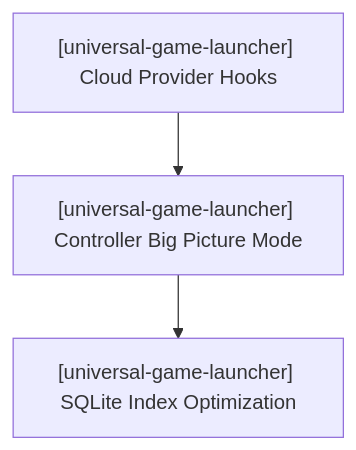
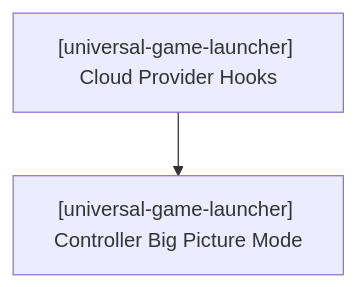
The diagram in TODO.md (HELIX-Origin/universal-game-launcher), drawn with Mermaid before and after one commit. The commit also changed other lines of this file and 15 other files, not shown here.

First line of the commit message:
feat: re-architect core for performance and introduce benchmarking

````diff
--- a/TODO.md
+++ b/TODO.md
@@ -25,5 +69,4 @@
 ```mermaid
 flowchart TD
     W55_1["[universal-game-launcher] Cloud Provider Hooks"] --> W55_2["[universal-game-launcher] Controller Big Picture Mode"]
-    W55_2 --> W55_3["[universal-game-launcher] SQLite Index Optimization"]
 ```
````
